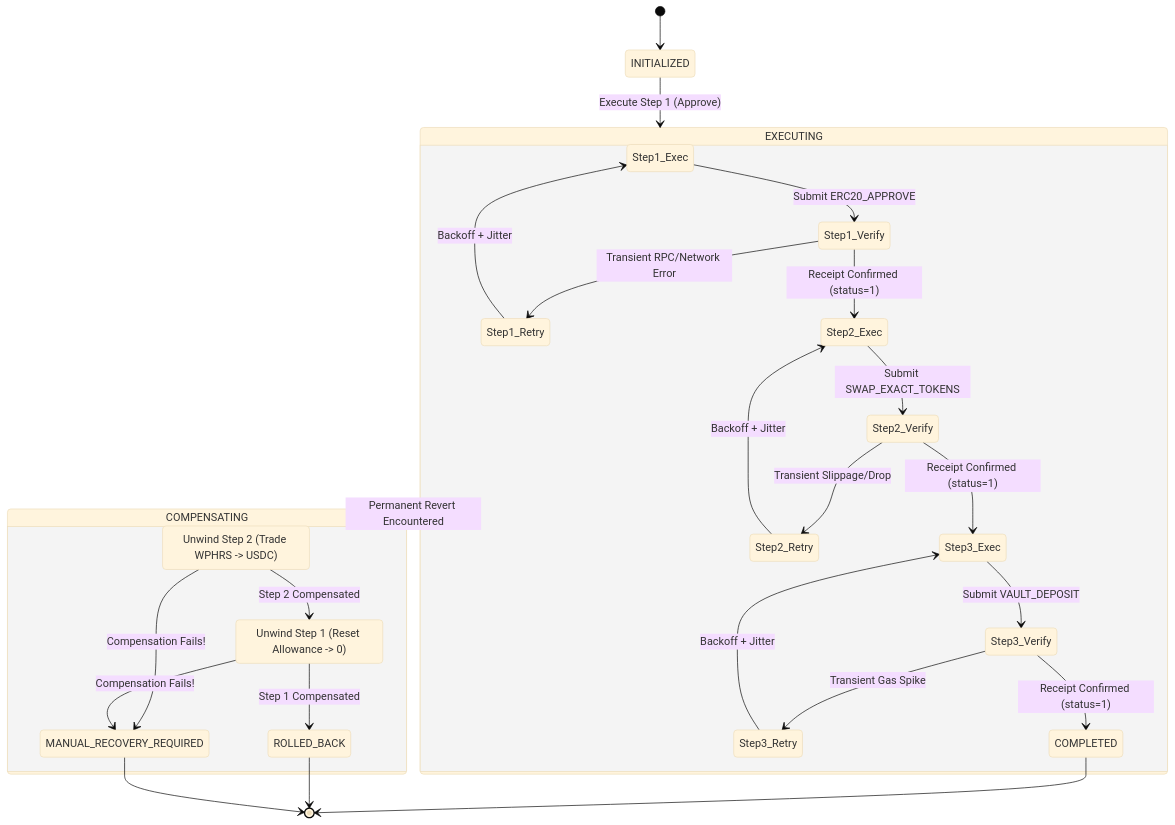
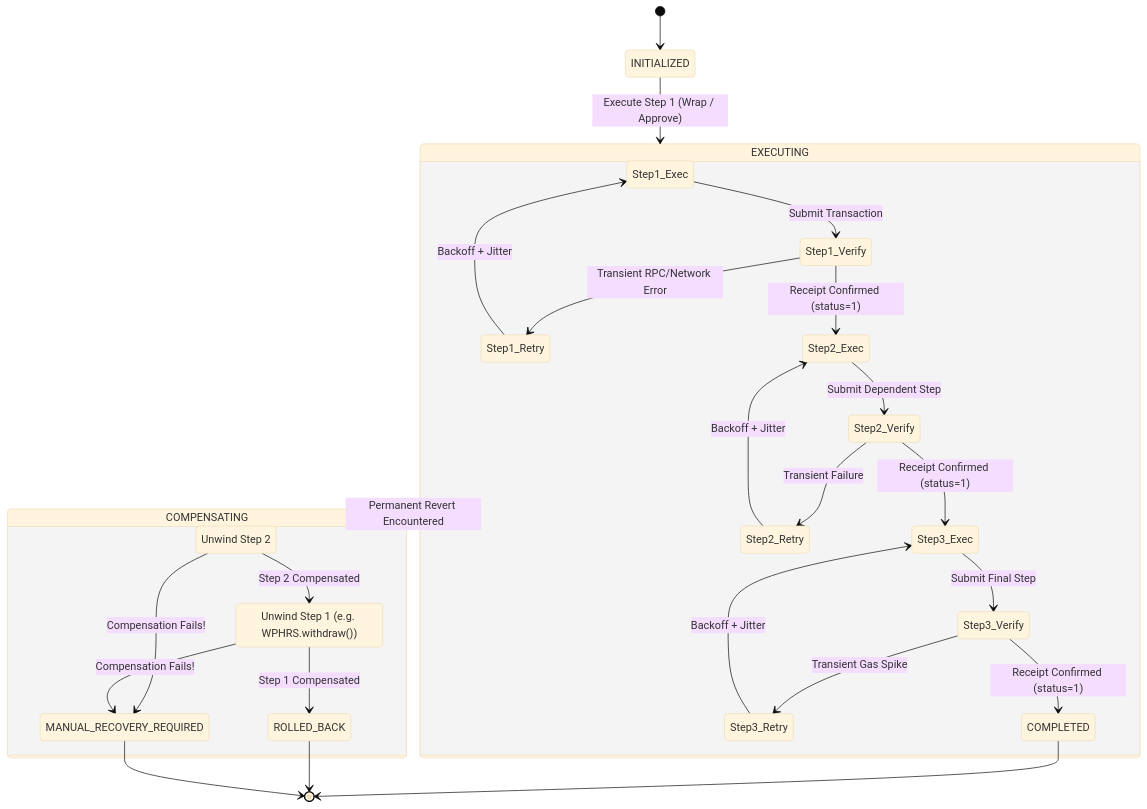
The diagram in README.md (JimmyOgb/pharos-saga-executor), drawn with Mermaid (base theme) before and after one commit. The commit also changed other lines of this file and 8 other files, not shown here.

````diff
--- a/README.md
+++ b/README.md
@@ -81,38 +95,38 @@
 ```mermaid
 stateDiagram-v2
     [*] --> INITIALIZED
-    INITIALIZED --> EXECUTING: Execute Step 1 (Approve)
+    INITIALIZED --> EXECUTING: Execute Step 1 (Wrap / Approve)
 
     state EXECUTING {
-        Step1_Exec --> Step1_Verify: Submit ERC20_APPROVE
+        Step1_Exec --> Step1_Verify: Submit Transaction
         Step1_Verify --> Step1_Retry: Transient RPC/Network Error
         Step1_Retry --> Step1_Exec: Backoff + Jitter
         Step1_Verify --> Step2_Exec: Receipt Confirmed (status=1)
 
-        Step2_Exec --> Step2_Verify: Submit SWAP_EXACT_TOKENS
-        Step2_Verify --> Step2_Retry: Transient Slippage/Drop
+        Step2_Exec --> Step2_Verify: Submit Dependent Step
+        Step2_Verify --> Step2_Retry: Transient Failure
         Step2_Retry --> Step2_Exec: Backoff + Jitter
         Step2_Verify --> Step3_Exec: Receipt Confirmed (status=1)
 
-        Step3_Exec --> Step3_Verify: Submit VAULT_DEPOSIT
+        Step3_Exec --> Step3_Verify: Submit Final Step
         Step3_Verify --> Step3_Retry: Transient Gas Spike
         Step3_Retry --> Step3_Exec: Backoff + Jitter
         Step3_Verify --> COMPLETED: Receipt Confirmed (status=1)
     }
 
     EXECUTING --> COMPENSATING: Permanent Revert Encountered
 
     state COMPENSATING {
-        Rollback_Step2: Unwind Step 2 (Trade WPHRS -> USDC)
-        Rollback_Step1: Unwind Step 1 (Reset Allowance -> 0)
+        Rollback_Step2: Unwind Step 2
+        Rollback_Step1: Unwind Step 1 (e.g. WPHRS.withdraw())
 
         Rollback_Step2 --> Rollback_Step1: Step 2 Compensated
         Rollback_Step2 --> MANUAL_RECOVERY_REQUIRED: Compensation Fails!
         Rollback_Step1 --> ROLLED_BACK: Step 1 Compensated
         Rollback_Step1 --> MANUAL_RECOVERY_REQUIRED: Compensation Fails!
     }
 
     COMPLETED --> [*]
     ROLLED_BACK --> [*]
     MANUAL_RECOVERY_REQUIRED --> [*]
 ```
````
